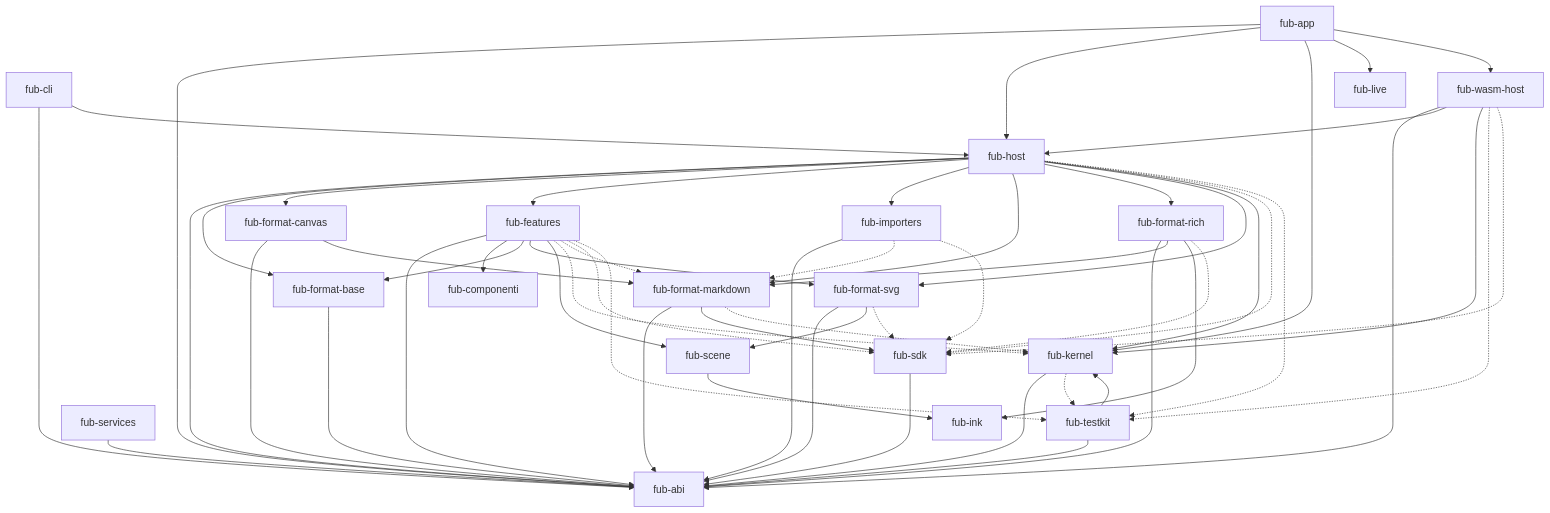
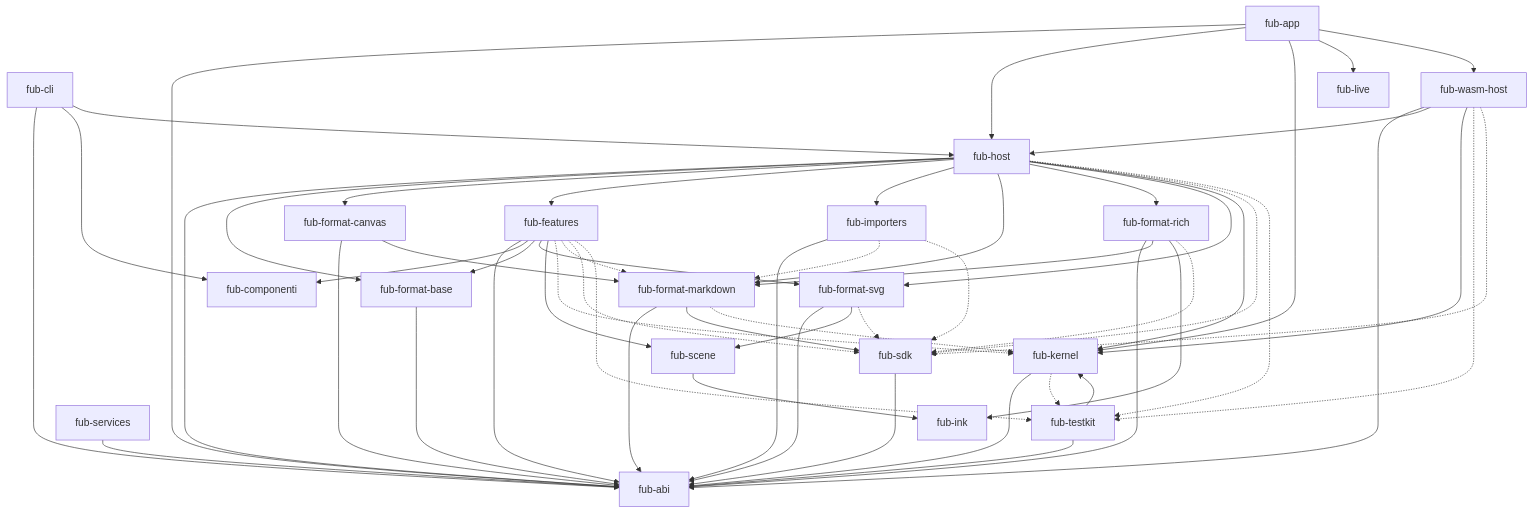
Before and after one commit to Fubeo/Fub: the first of 4 diagrams in docs/architecture/overview.md, drawn with Mermaid. The commit also changed 10 other files, not shown here.

Commit message:
feat(fub-cli): componenti e fub_components* con le regole della mappa

```diff
--- a/docs/architecture/overview.md
+++ b/docs/architecture/overview.md
@@ -67,6 +67,7 @@
     host --> svg
     host --> kernel
     cli --> abi
+    cli --> componenti
     cli --> host
     services --> abi
     base --> abi
```
